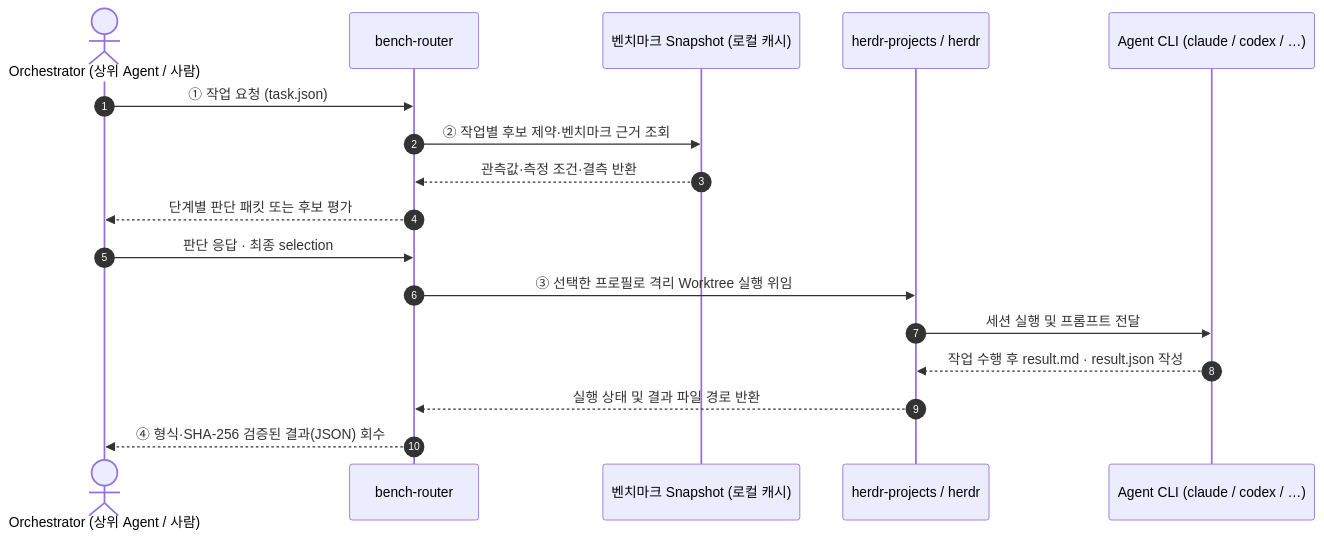
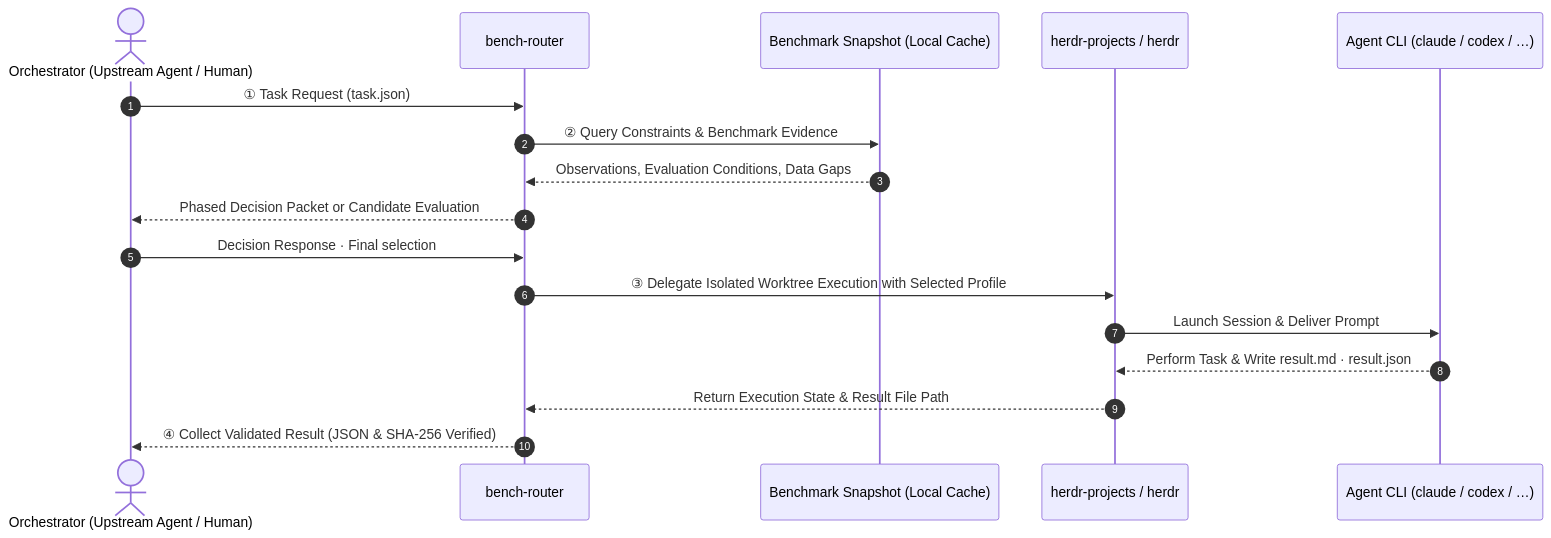
One commit to hjlim4u/bench-router changed the first of 2 diagrams in README.md. Above: the diagram before and after it, drawn with Mermaid. The commit also changed other lines of this file, not shown here.

Commit message:
docs: translate and enhance README onboarding UX and selection flow

````diff
--- a/README.md
+++ b/README.md
@@ -20,20 +20,20 @@
 ```mermaid
 sequenceDiagram
     autonumber
-    actor Orch as Orchestrator (상위 Agent / 사람)
+    actor Orch as Orchestrator (Upstream Agent / Human)
     participant BR as bench-router
-    participant Snap as 벤치마크 Snapshot (로컬 캐시)
+    participant Snap as Benchmark Snapshot (Local Cache)
     participant HP as herdr-projects / herdr
     participant CLI as Agent CLI (claude / codex / …)
 
-    Orch->>BR: ① 작업 요청 (task.json)
-    BR->>Snap: ② 작업별 후보 제약·벤치마크 근거 조회
-    Snap-->>BR: 관측값·측정 조건·결측 반환
-    BR-->>Orch: 단계별 판단 패킷 또는 후보 평가
-    Orch->>BR: 판단 응답 · 최종 selection
-    BR->>HP: ③ 선택한 프로필로 격리 Worktree 실행 위임
-    HP->>CLI: 세션 실행 및 프롬프트 전달
-    CLI-->>HP: 작업 수행 후 result.md · result.json 작성
-    HP-->>BR: 실행 상태 및 결과 파일 경로 반환
-    BR-->>Orch: ④ 형식·SHA-256 검증된 결과(JSON) 회수
+    Orch->>BR: ① Task Request (task.json)
+    BR->>Snap: ② Query Constraints & Benchmark Evidence
+    Snap-->>BR: Observations, Evaluation Conditions, Data Gaps
+    BR-->>Orch: Phased Decision Packet or Candidate Evaluation
+    Orch->>BR: Decision Response · Final selection
+    BR->>HP: ③ Delegate Isolated Worktree Execution with Selected Profile
+    HP->>CLI: Launch Session & Deliver Prompt
+    CLI-->>HP: Perform Task & Write result.md · result.json
+    HP-->>BR: Return Execution State & Result File Path
+    BR-->>Orch: ④ Collect Validated Result (JSON & SHA-256 Verified)
 ```
````
